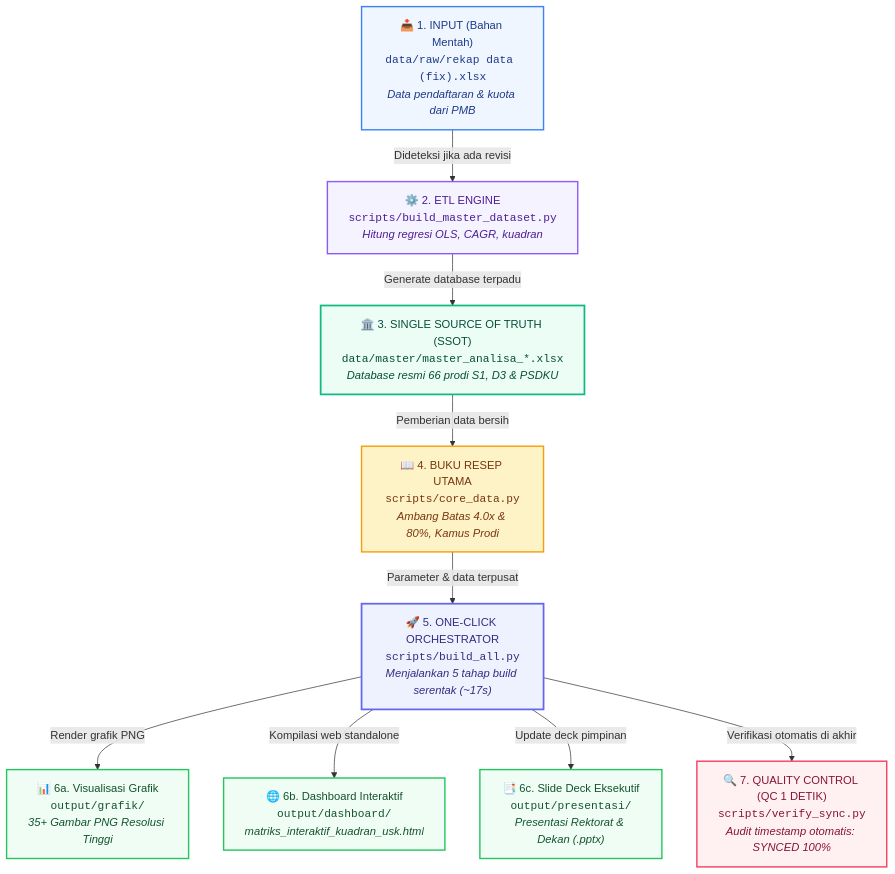
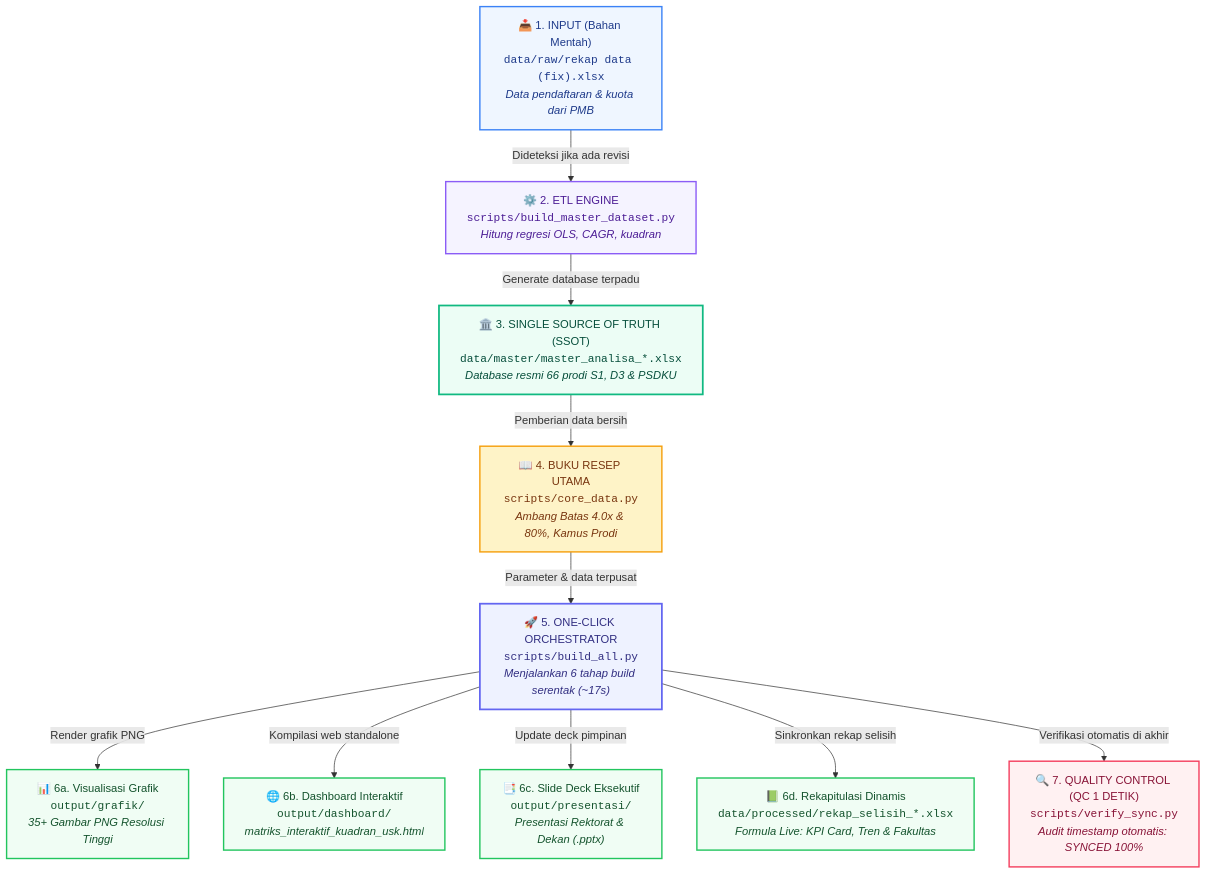
The first of 2 diagrams in docs/diagram_alur_pipeline.md (AuliaMuzhaffar/projek-magang-usk), drawn with Mermaid before and after one commit. The commit also changed other lines of this file and 15 other files, not shown here.

Commit message:
feat(pipeline): sinkronisasi dinamis rekap_selisih excel ke pipeline build_all dan verify_sync

````diff
--- a/docs/diagram_alur_pipeline.md
+++ b/docs/diagram_alur_pipeline.md
@@ -10,46 +10,48 @@
 ```mermaid
 graph TD
     %% Styling & Warna Node
     classDef inputStyle fill:#EFF6FF,stroke:#3B82F6,stroke-width:2px,color:#1E3A8A;
     classDef etlStyle fill:#F5F3FF,stroke:#8B5CF6,stroke-width:2px,color:#4C1D95;
     classDef ssotStyle fill:#ECFDF5,stroke:#10B981,stroke-width:2.5px,color:#064E3B;
     classDef coreStyle fill:#FEF3C7,stroke:#F59E0B,stroke-width:2px,color:#78350F;
     classDef buildStyle fill:#EEF2FF,stroke:#6366F1,stroke-width:2.5px,color:#312E81;
     classDef outStyle fill:#F0FDF4,stroke:#22C55E,stroke-width:2px,color:#14532D;
     classDef qcStyle fill:#FFF1F2,stroke:#F43F5E,stroke-width:2px,color:#881337;
 
     %% 1. Input Layer
     A["📥 1. INPUT (Bahan Mentah)<br><code>data/raw/rekap data (fix).xlsx</code><br><i>Data pendaftaran & kuota dari PMB</i>"]:::inputStyle
 
     %% 2. ETL Processing
     B["⚙️ 2. ETL ENGINE<br><code>scripts/build_master_dataset.py</code><br><i>Hitung regresi OLS, CAGR, kuadran</i>"]:::etlStyle
 
     %% 3. Master Dataset
     C["🏛️ 3. SINGLE SOURCE OF TRUTH (SSOT)<br><code>data/master/master_analisa_*.xlsx</code><br><i>Database resmi 66 prodi S1, D3 & PSDKU</i>"]:::ssotStyle
 
     %% 4. Shared Core Logic
     D["📖 4. BUKU RESEP UTAMA<br><code>scripts/core_data.py</code><br><i>Ambang Batas 4.0x & 80%, Kamus Prodi</i>"]:::coreStyle
 
     %% 5. Master Orchestrator
-    E["🚀 5. ONE-CLICK ORCHESTRATOR<br><code>scripts/build_all.py</code><br><i>Menjalankan 5 tahap build serentak (~17s)</i>"]:::buildStyle
+    E["🚀 5. ONE-CLICK ORCHESTRATOR<br><code>scripts/build_all.py</code><br><i>Menjalankan 6 tahap build serentak (~17s)</i>"]:::buildStyle
 
     %% 6. Output Layer
     F1["📊 6a. Visualisasi Grafik<br><code>output/grafik/</code><br><i>35+ Gambar PNG Resolusi Tinggi</i>"]:::outStyle
     F2["🌐 6b. Dashboard Interaktif<br><code>output/dashboard/</code><br><i>matriks_interaktif_kuadran_usk.html</i>"]:::outStyle
     F3["📑 6c. Slide Deck Eksekutif<br><code>output/presentasi/</code><br><i>Presentasi Rektorat & Dekan (.pptx)</i>"]:::outStyle
+    F4["📗 6d. Rekapitulasi Dinamis<br><code>data/processed/rekap_selisih_*.xlsx</code><br><i>Formula Live: KPI Card, Tren & Fakultas</i>"]:::outStyle
 
     %% 7. Quality Control
     G["🔍 7. QUALITY CONTROL (QC 1 DETIK)<br><code>scripts/verify_sync.py</code><br><i>Audit timestamp otomatis: SYNCED 100%</i>"]:::qcStyle
 
     %% Hubungan Alur Kerja
     A -->|"Dideteksi jika ada revisi"| B
     B -->|"Generate database terpadu"| C
     C -->|"Pemberian data bersih"| D
     D -->|"Parameter & data terpusat"| E
     
     E -->|"Render grafik PNG"| F1
     E -->|"Kompilasi web standalone"| F2
     E -->|"Update deck pimpinan"| F3
+    E -->|"Sinkronkan rekap selisih"| F4
     
     E -->|"Verifikasi otomatis di akhir"| G
 ```
````
